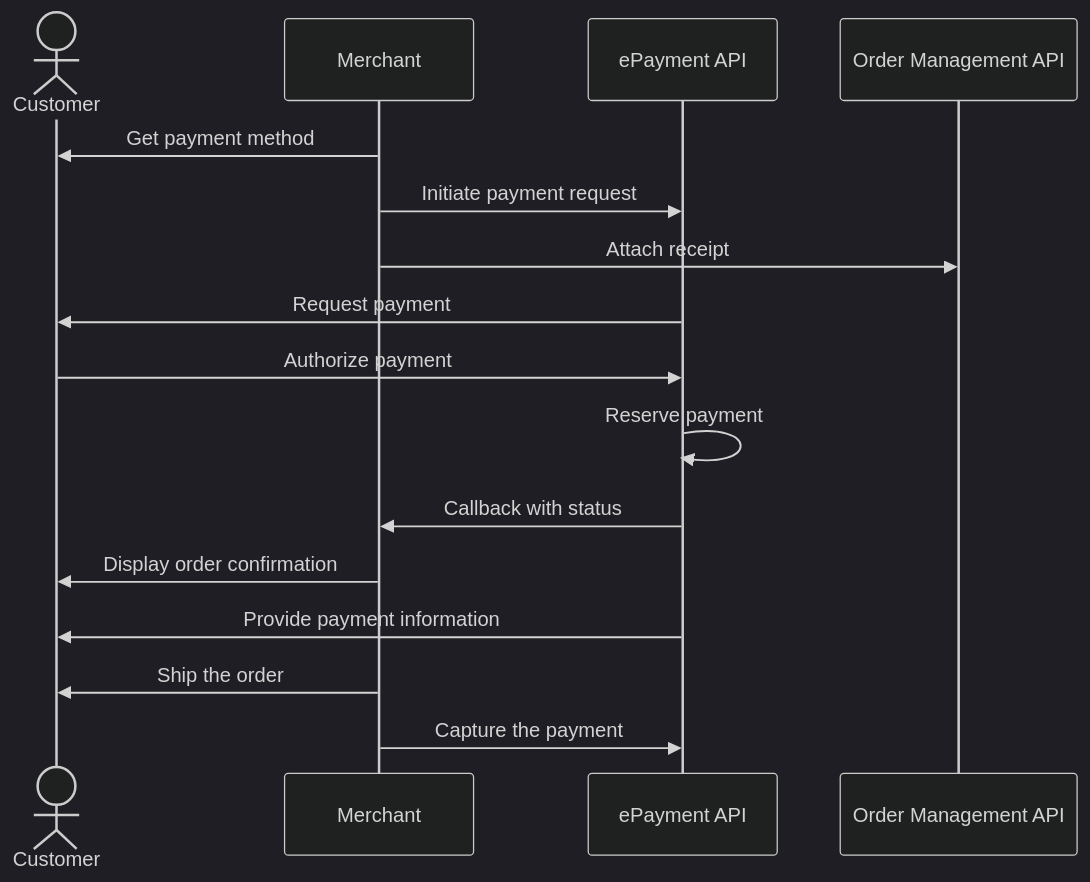
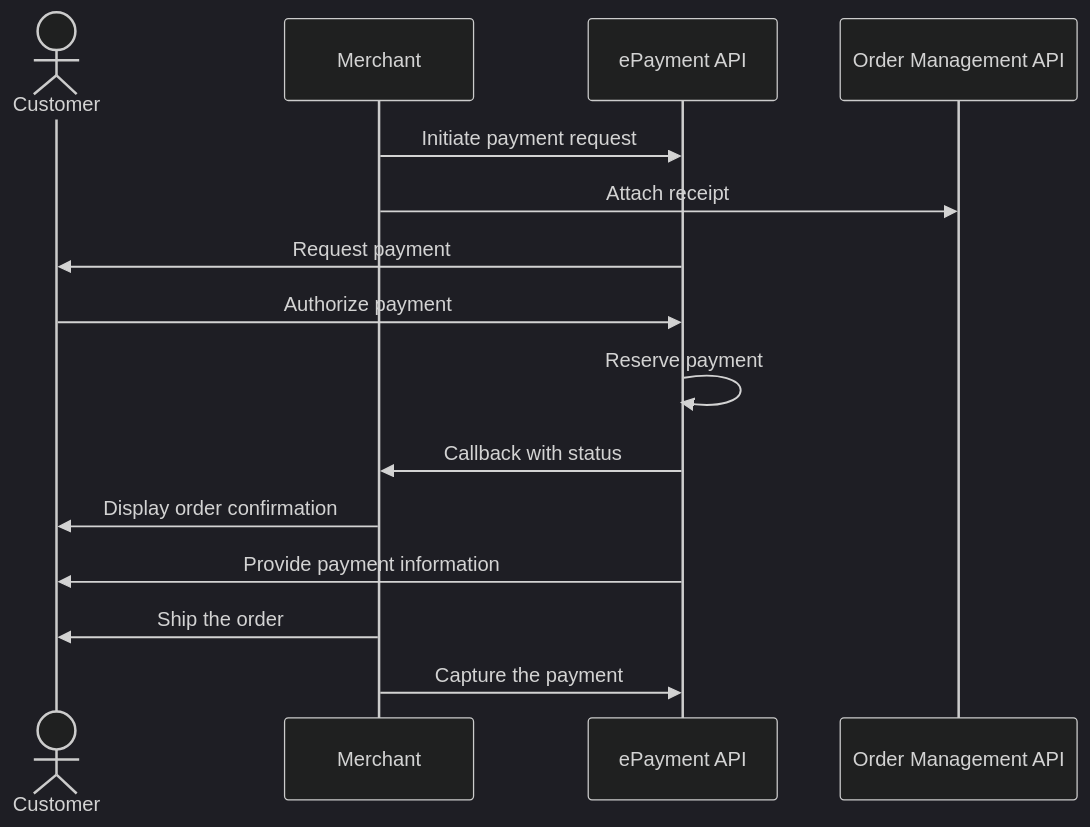
Before and after one commit to vippsas/vipps-solutions: the diagram in online/README.md, drawn with Mermaid (dark theme). The commit also changed 1 other file, not shown here.

Commit message:
Add sequence diagram

````diff
--- a/online/README.md
+++ b/online/README.md
@@ -136,18 +136,17 @@
 ``` mermaid
 sequenceDiagram
     actor C as Customer
     participant M as Merchant
     participant ePayment as ePayment API
     participant ordermanagement as Order Management API
-    M->>C: Get payment method
     M->>ePayment: Initiate payment request
     M->> ordermanagement: Attach receipt
     ePayment->>C: Request payment
     C->>ePayment: Authorize payment
     ePayment->>ePayment: Reserve payment
     ePayment->>M: Callback with status
     M->>C: Display order confirmation
     ePayment->>C: Provide payment information
     M->>C: Ship the order
     M->>ePayment: Capture the payment
 ```
````
